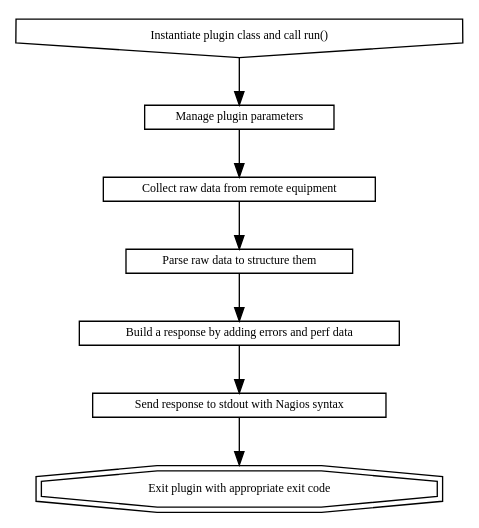
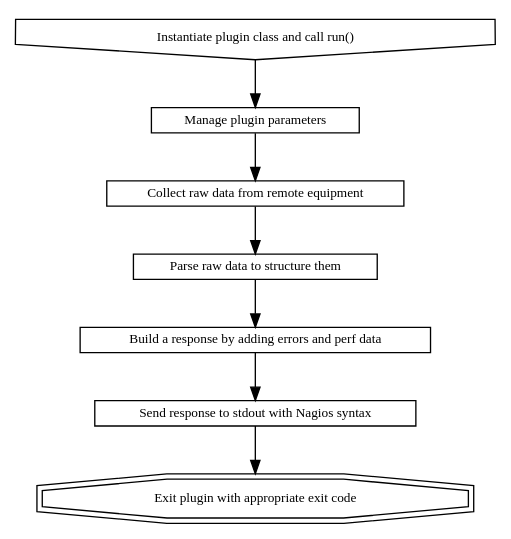
One commit to elapouya/python-nagios-helpers changed the diagram in docs/howto.rst. Above: the diagram before and after it, drawn with Graphviz. The commit also changed other lines of this file, not shown here.

```diff
--- a/docs/howto.rst
+++ b/docs/howto.rst
@@ -49,13 +49,13 @@
 .. graphviz::
 
    digraph execpattern {
-      node [shape=box,fontsize=9, height=0]
+      node [shape=box,fontsize=10, height=0]
       a -> b -> c -> d -> e -> f -> g
       a  [shape="invhouse",label="Instantiate plugin class and call run()"]
       b  [label="Manage plugin parameters"]
       c  [label="Collect raw data from remote equipment"]
       d  [label="Parse raw data to structure them"]
       e  [label="Build a response by adding errors and perf data"]
       f  [label="Send response to stdout with Nagios syntax"]
       g  [shape="doubleoctagon",label="Exit plugin with appropriate exit code"]
       }
```
